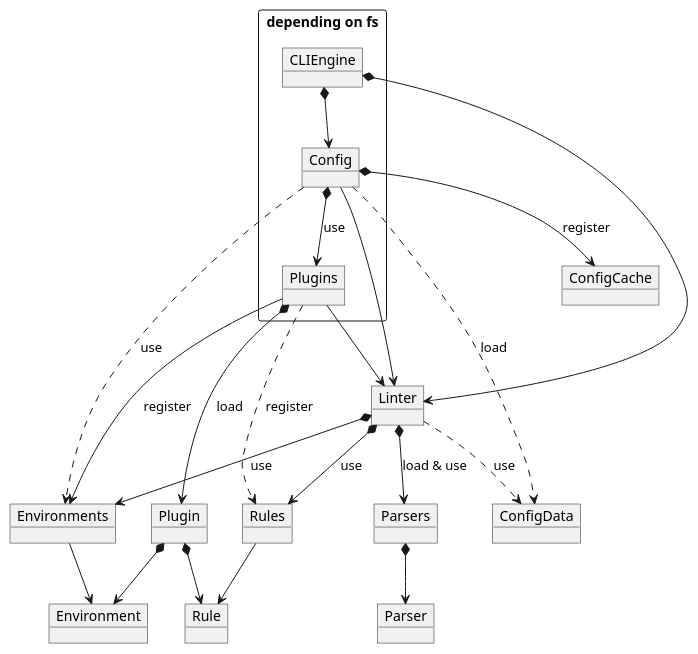
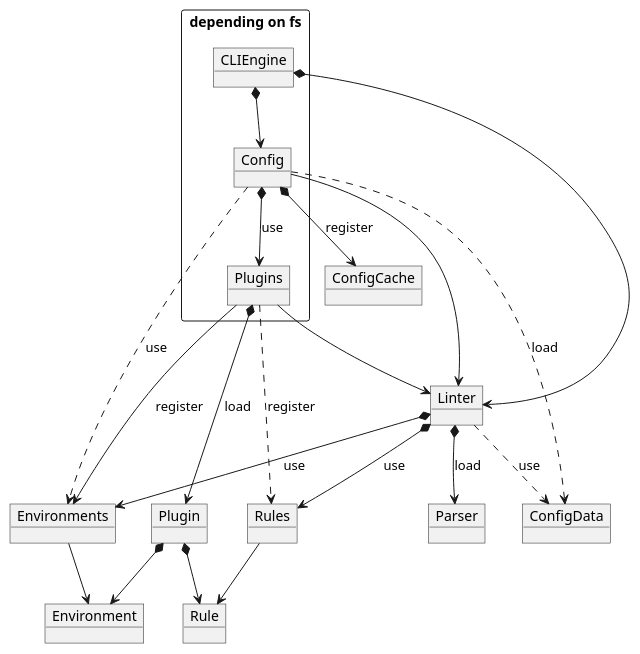
Before and after one commit to eslint/rfcs: the diagram in designs/2019-eslintrc-improvements/deps.plantuml, drawn with PlantUML. The commit also changed 1 other file, not shown here.

Commit message:
update a diagram

```diff
--- a/designs/2019-eslintrc-improvements/deps.plantuml
+++ b/designs/2019-eslintrc-improvements/deps.plantuml
@@ -1,38 +1,36 @@
 @startuml
 rectangle "depending on fs" {
   object CLIEngine
   object Config
   object Plugins
 }
 object Linter
 object ConfigCache
 object ConfigData
-object Parsers
 object Environments
 object Rules
 object Parser
 object Plugin
 object Environment
 object Rule
 
 CLIEngine *--> Linter
 CLIEngine *--> Config
 Config --> Linter
 Config *--> ConfigCache : "register"
 Config *--> Plugins : "use"
 Config ..> ConfigData : "load"
 Config ..> Environments : "use"
 Plugins --> Environments : "register"
 Plugins --> Linter
 Plugins ..> Rules : "register"
 Plugins *--> Plugin : "load"
-Linter *--> Parsers : "load & use"
+Linter *--> Parser : "load"
 Linter *--> Rules : "use"
 Linter *--> Environments : "use"
 Linter ..> ConfigData : "use"
-Parsers *--> Parser
 Environments --> Environment
 Rules --> Rule
 Plugin *--> Rule
 Plugin *--> Environment
 @enduml
```
